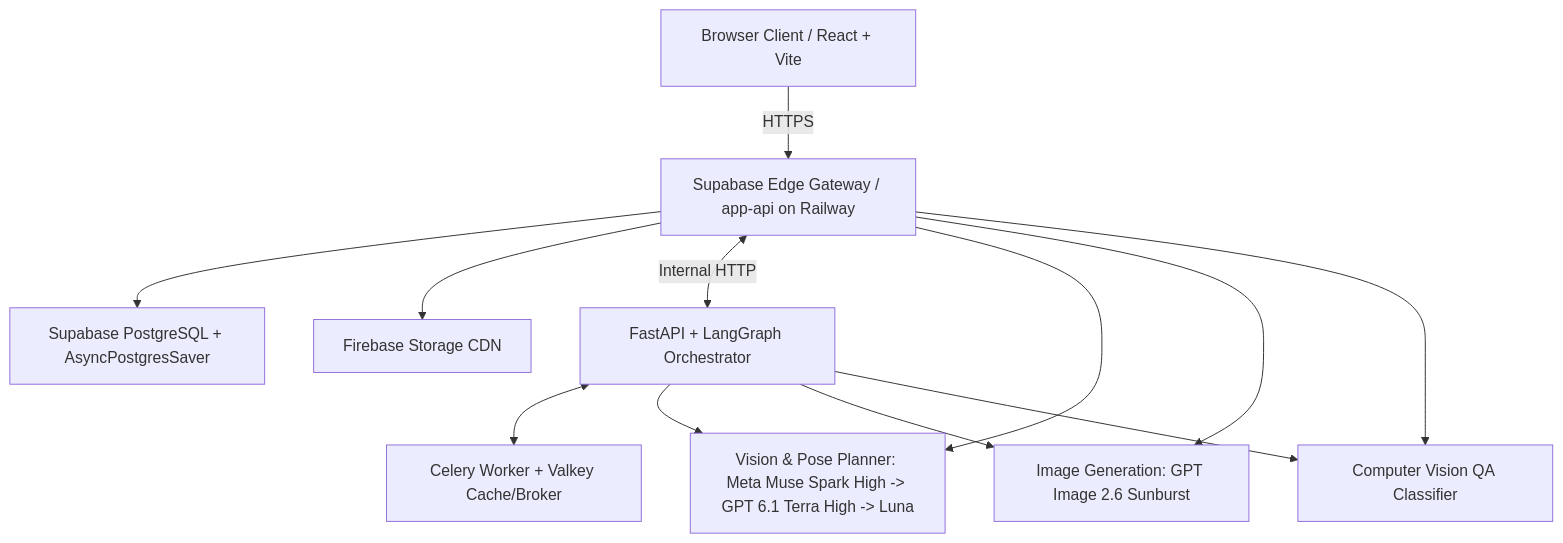
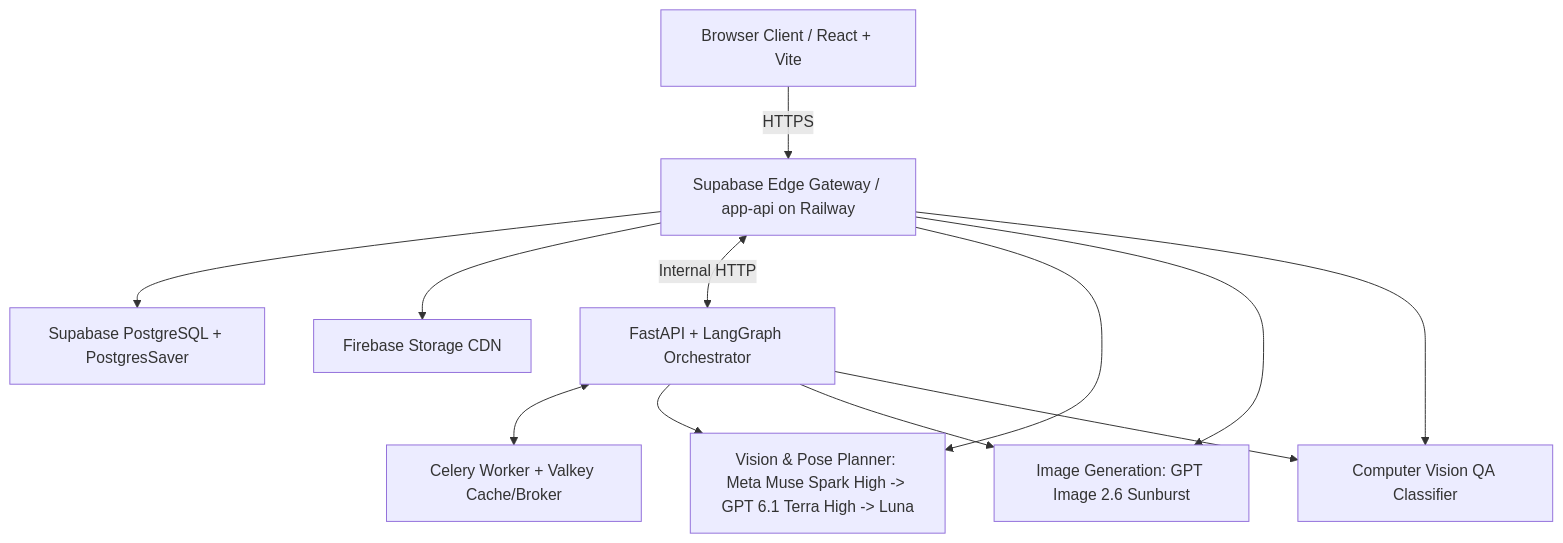
One commit to pawanshukla500/aistudio-youthnic changed the diagram in youthnic-ai-studio-docs/developer/architecture-overview.mdx. Above: the diagram before and after it, drawn with Mermaid. The commit also changed other lines of this file and 22 other files, not shown here.

````diff
--- a/youthnic-ai-studio-docs/developer/architecture-overview.mdx
+++ b/youthnic-ai-studio-docs/developer/architecture-overview.mdx
@@ -14,11 +14,11 @@
 ```mermaid
 graph TD
     A[Browser Client / React + Vite] -->|HTTPS| B[Supabase Edge Gateway / app-api on Railway]
-    B --> C[Supabase PostgreSQL + AsyncPostgresSaver]
+    B --> C[Supabase PostgreSQL + PostgresSaver]
     B --> D[Firebase Storage CDN]
     B <-->|Internal HTTP| E[FastAPI + LangGraph Orchestrator]
     E <--> F[Celery Worker + Valkey Cache/Broker]
     B & E --> G[Vision & Pose Planner: Meta Muse Spark High -> GPT 6.1 Terra High -> Luna]
     B & E --> H[Image Generation: GPT Image 2.6 Sunburst]
     B & E --> I[Computer Vision QA Classifier]
 ```
````
